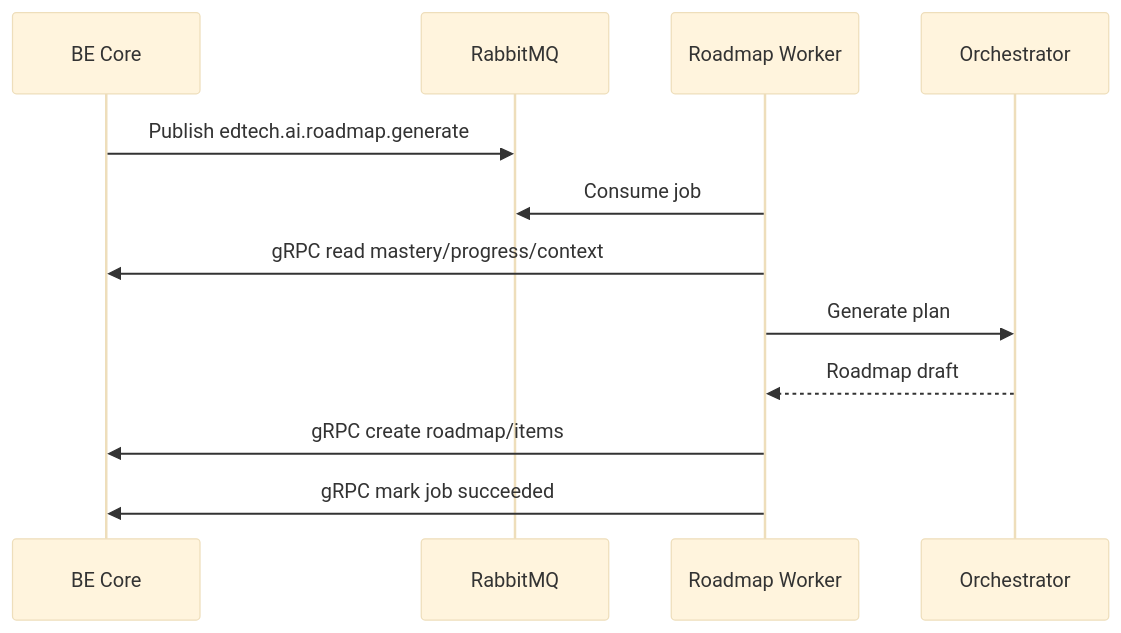
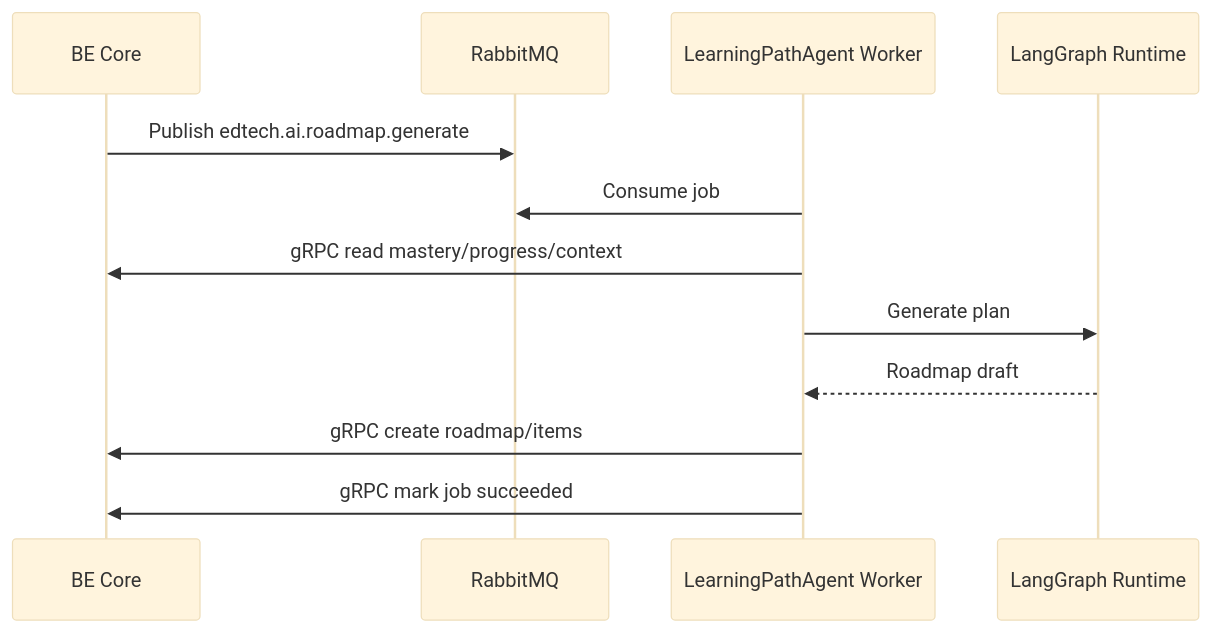
Before and after one commit to Tanh1603/EdTech: the fourth of 4 diagrams in docs/ai-service/runtime-flows.md, drawn with Mermaid (base theme). The commit also changed other lines of this file and 36 other files, not shown here.

````diff
--- a/docs/ai-service/runtime-flows.md
+++ b/docs/ai-service/runtime-flows.md
@@ -99,15 +102,15 @@
 ```mermaid
 sequenceDiagram
   participant B as BE Core
   participant R as RabbitMQ
-  participant W as Roadmap Worker
-  participant A as Orchestrator
+  participant W as LearningPathAgent Worker
+  participant A as LangGraph Runtime
 
   B->>R: Publish edtech.ai.roadmap.generate
   W->>R: Consume job
   W->>B: gRPC read mastery/progress/context
   W->>A: Generate plan
   A-->>W: Roadmap draft
   W->>B: gRPC create roadmap/items
   W->>B: gRPC mark job succeeded
 ```
````
